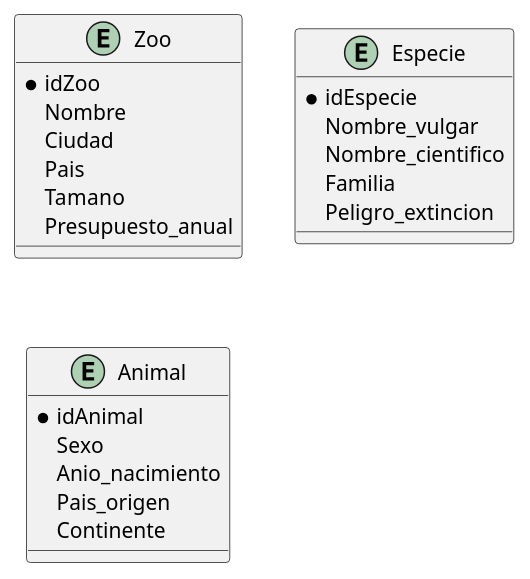
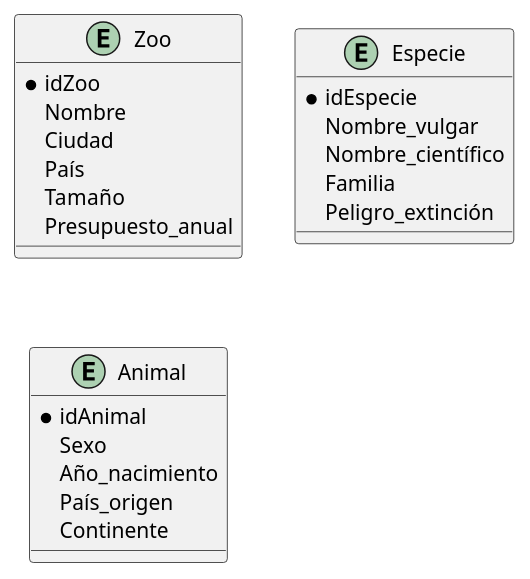
The diagram in Zoo.puml (DiegoPeredo/BASDAT), drawn with PlantUML before and after one commit. The commit also changed 4 other files, not shown here.

```diff
--- a/Zoo.puml
+++ b/Zoo.puml
@@ -1,26 +1,26 @@
 @startuml Zoo
 entity Zoo {
   * idZoo
   Nombre
   Ciudad
-  Pais
-  Tamano
+  País
+  Tamaño
   Presupuesto_anual
 }
 
 entity Especie {
   * idEspecie
   Nombre_vulgar
-  Nombre_cientifico
+  Nombre_científico
   Familia
-  Peligro_extincion
+  Peligro_extinción
 }
 
 entity Animal {
   * idAnimal
   Sexo
-  Anio_nacimiento
-  Pais_origen
+  Año_nacimiento
+  País_origen
   Continente
 }
 @enduml
```
